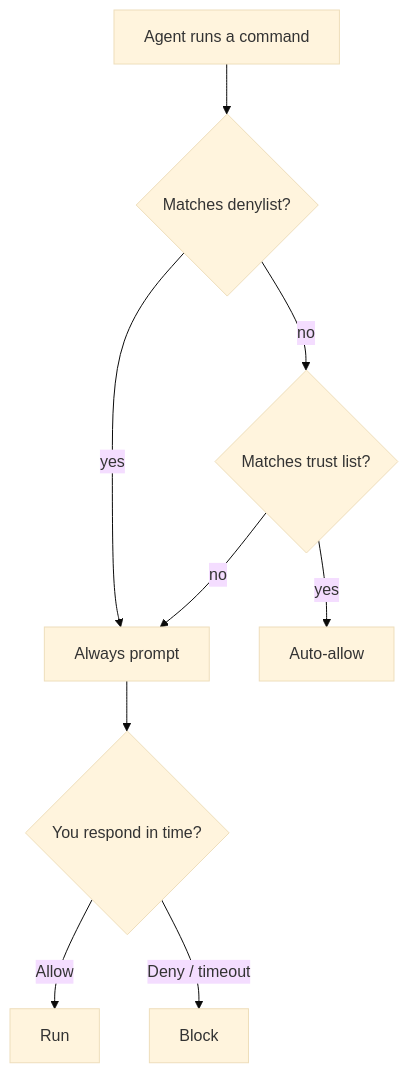
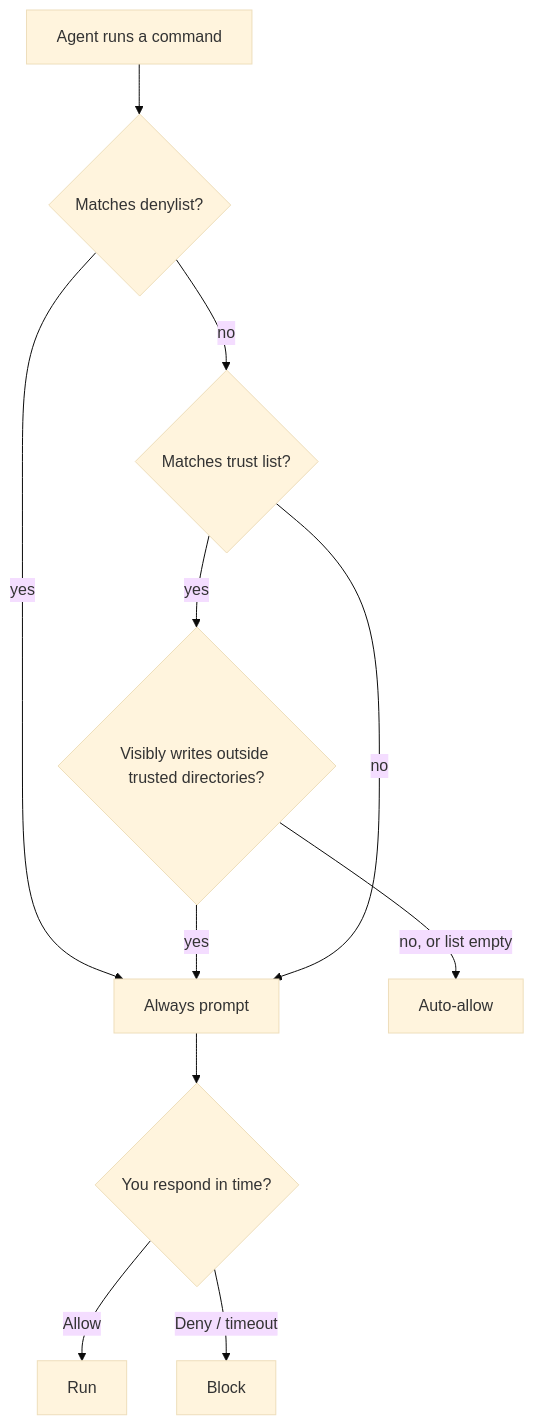
One commit to Sqowe/pilot changed the diagram in docs/wiki/features/bash-restrictions.md. Above: the diagram before and after it, drawn with Mermaid (base theme). The commit also changed other lines of this file and 48 other files, not shown here.

````diff
--- a/docs/wiki/features/bash-restrictions.md
+++ b/docs/wiki/features/bash-restrictions.md
@@ -28,11 +43,13 @@
 ```mermaid
 flowchart TD
   A["Agent runs a command"] --> B{"Matches denylist?"}
   B -->|"yes"| C["Always prompt"]
   B -->|"no"| D{"Matches trust list?"}
-  D -->|"yes"| E["Auto-allow"]
+  D -->|"yes"| W{"Visibly writes outside trusted directories?"}
+  W -->|"no, or list empty"| E["Auto-allow"]
+  W -->|"yes"| C
   D -->|"no"| C
   C --> F{"You respond in time?"}
   F -->|"Allow"| G["Run"]
   F -->|"Deny / timeout"| H["Block"]
 ```
````
